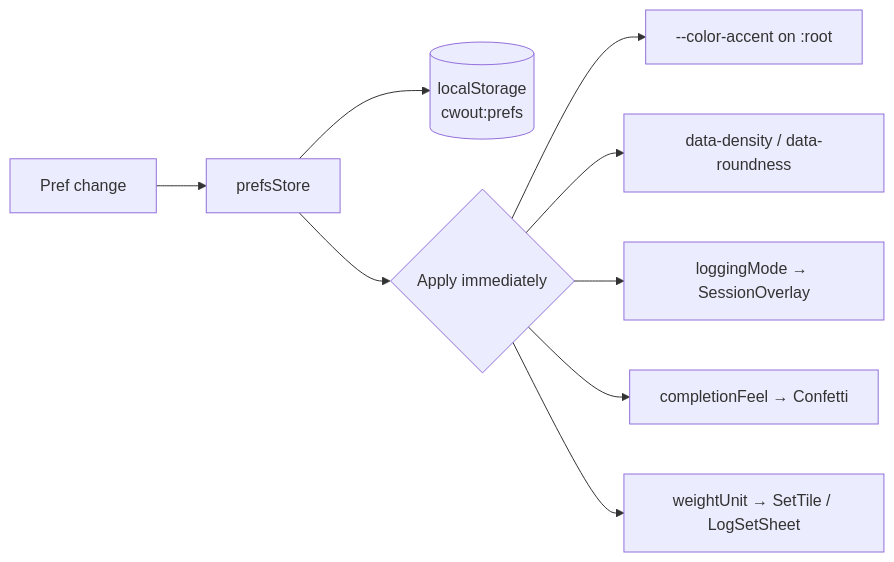
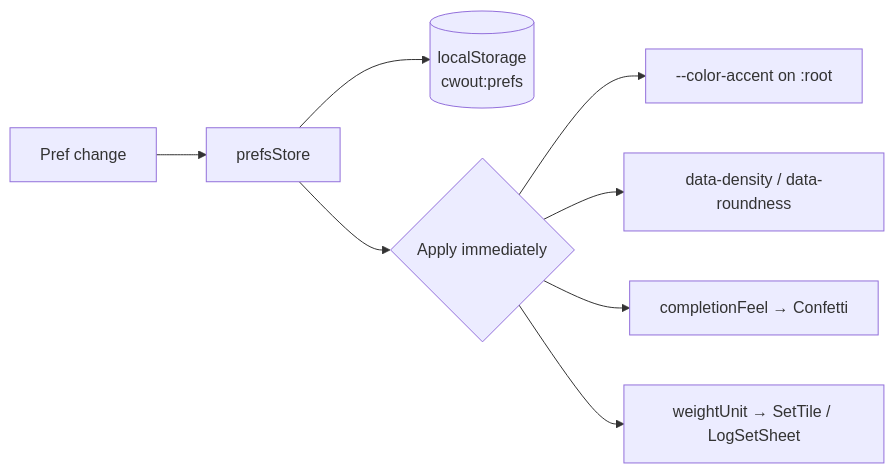
Before and after one commit to jermbo/CosmicWorkOut: the diagram in docs/requirements/settings-preferences.md, drawn with Mermaid. The commit also changed other lines of this file and 35 other files, not shown here.

````diff
--- a/docs/requirements/settings-preferences.md
+++ b/docs/requirements/settings-preferences.md
@@ -30,11 +29,10 @@
 ```mermaid
 flowchart LR
     Change[Pref change] --> Store[prefsStore]
     Store --> LS[("localStorage<br/>cwout:prefs")]
     Store --> Apply{Apply immediately}
     Apply --> CSS["--color-accent on :root"]
     Apply --> Data["data-density / data-roundness"]
-    Apply --> Session[loggingMode → SessionOverlay]
     Apply --> Feel[completionFeel → Confetti]
     Apply --> Unit[weightUnit → SetTile / LogSetSheet]
 ```
````
